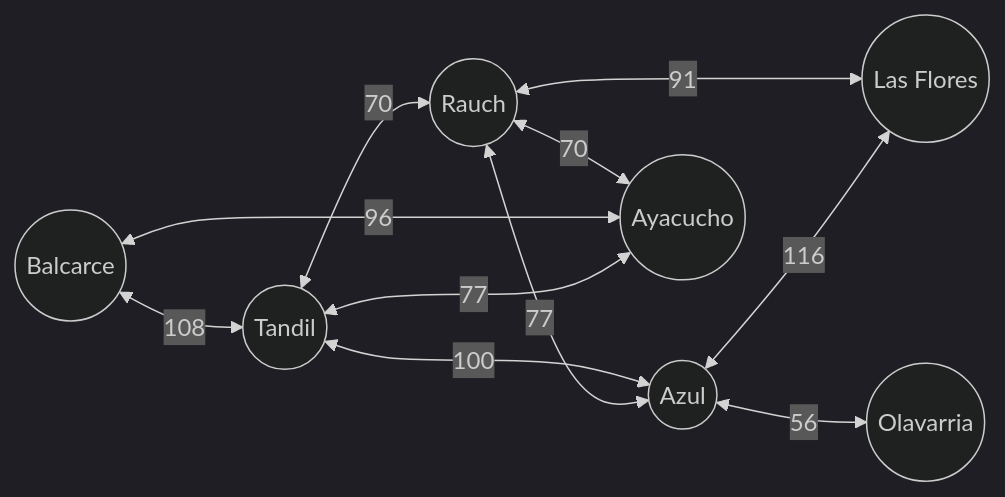
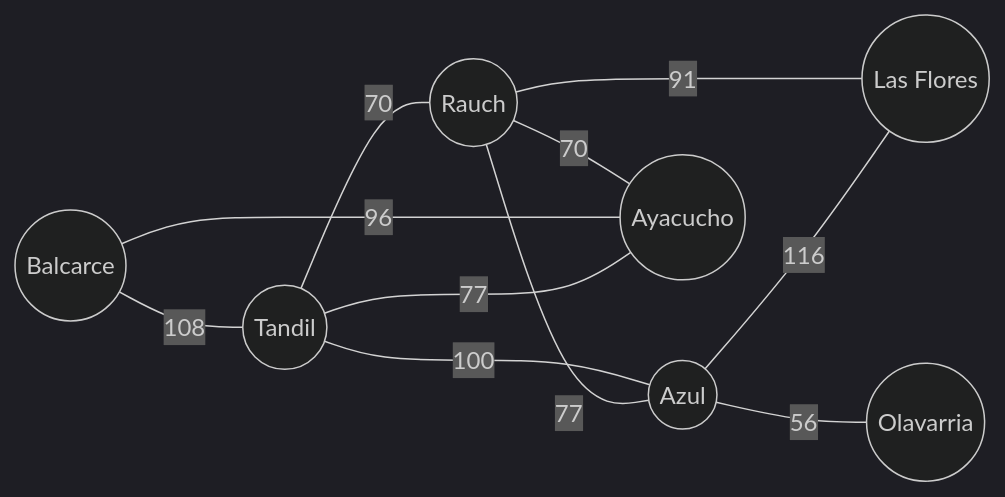
Before and after one commit to pala83/Practica-P3: the second of 8 diagrams in Resumenes/Grafos.md, drawn with Mermaid (dark theme). The commit also changed other lines of this file and 8 other files, not shown here.

````diff
--- a/Resumenes/Grafos.md
+++ b/Resumenes/Grafos.md
@@ -21,21 +21,21 @@
 ``` mermaid
 graph LR
     A((Tandil))
     B((Rauch))
     C((Azul))
     D((Ayacucho))
     E((Las Flores))
     F((Olavarria))
     G((Balcarce))
-    A -- 70 <--> B
-    A -- 100 <--> C
-    B -- 77 <--> C
-    B -- 70 <--> D
-    B -- 91 <--> E
-    C -- 116 <--> E
-    C -- 56 <--> F
-    D -- 77 <--> A
-    G -- 96 <--> D
-    G -- 108 <--> A
+    A -- 70 --- B
+    A -- 100 --- C
+    B -- 77 --- C
+    B -- 70 --- D
+    B -- 91 --- E
+    C -- 116 --- E
+    C -- 56 --- F
+    D -- 77 --- A
+    G -- 96 --- D
+    G -- 108 --- A
 
 ```
````
